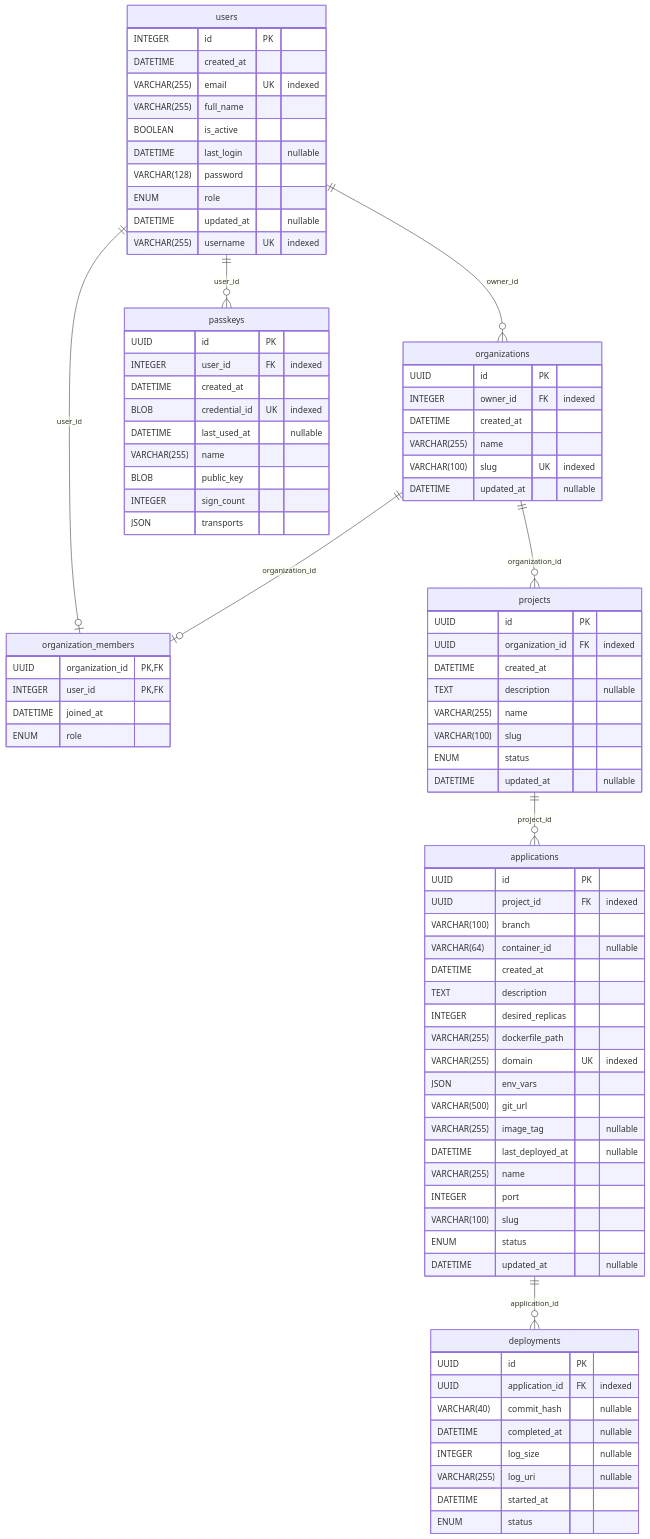
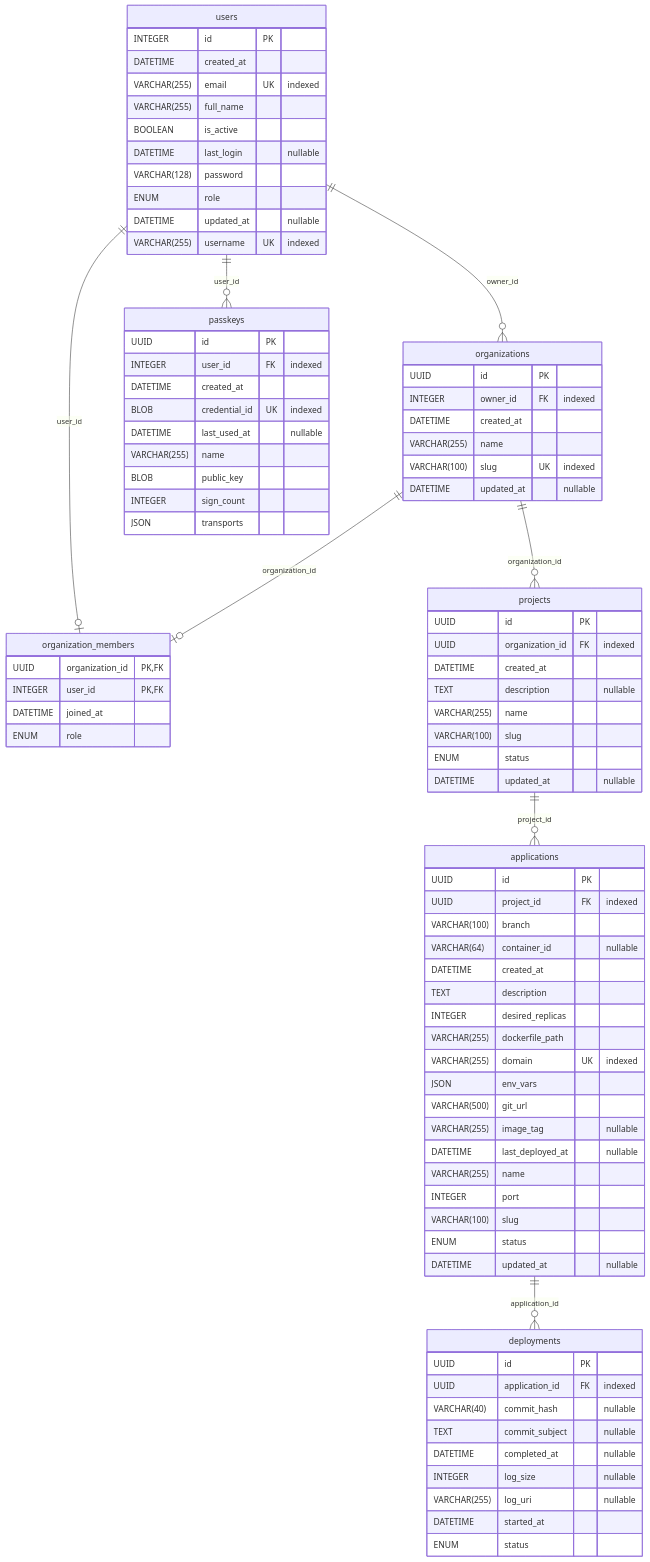
Before and after one commit to armirshehaj/deplocker: the diagram in backend/docs/models.md, drawn with Mermaid. The commit also changed other lines of this file and 3 other files, not shown here.

First line of the commit message:
feat(deployments): store the deployed commit's subject beside its hash

```diff
--- a/backend/docs/models.md
+++ b/backend/docs/models.md
@@ -57,6 +57,7 @@
     UUID id PK
     UUID application_id FK "indexed"
     VARCHAR(40) commit_hash "nullable"
+    TEXT commit_subject "nullable"
     DATETIME completed_at "nullable"
     INTEGER log_size "nullable"
     VARCHAR(255) log_uri "nullable"
```
